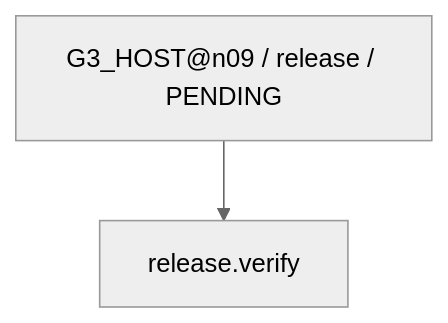
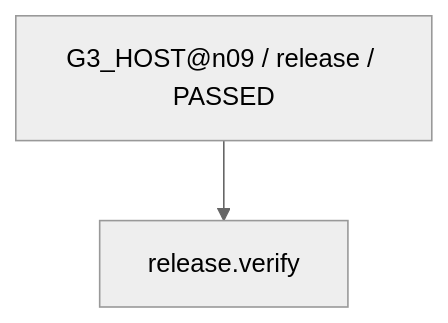
Diagram 22 of 30 in work/items/W-MATH-034-n09-n10-guided-design/generated/CAPABILITY_FIRE_DIAGRAM.md (rrikunagasige-dot/kyotsu-step-web), drawn with Mermaid (neutral theme) before and after one commit. The commit also changed other lines of this file and 43 other files, not shown here.

Commit message:
docs: save public two-unit evidence and current workflow diagrams [skip ci]

````diff
--- a/work/items/W-MATH-034-n09-n10-guided-design/generated/CAPABILITY_FIRE_DIAGRAM.md
+++ b/work/items/W-MATH-034-n09-n10-guided-design/generated/CAPABILITY_FIRE_DIAGRAM.md
@@ -356,6 +356,6 @@
 ```mermaid
 flowchart TD
-  N0["G3_HOST@n09 / release / PENDING"]
+  N0["G3_HOST@n09 / release / PASSED"]
   N1["release.verify"]
   N0 --> N1
 ```
````
